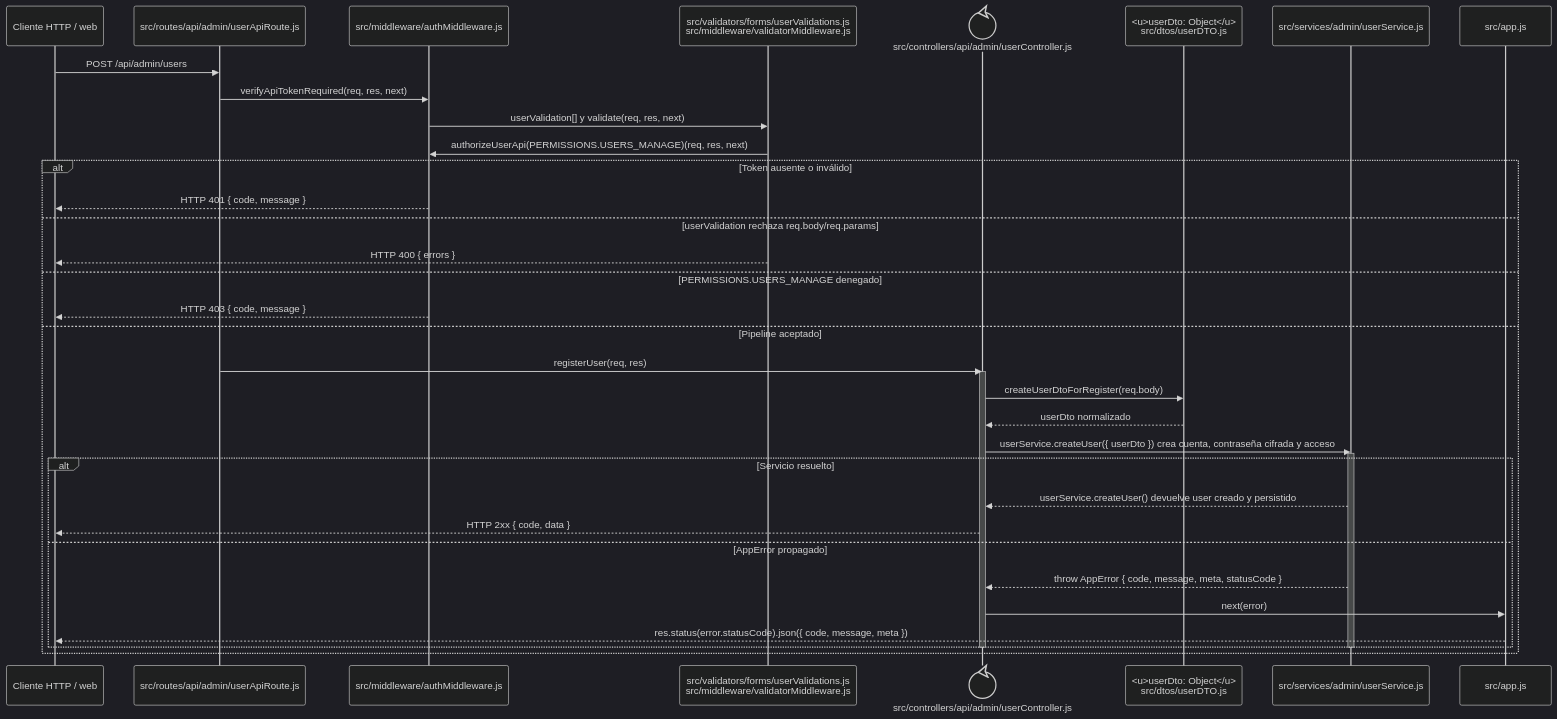
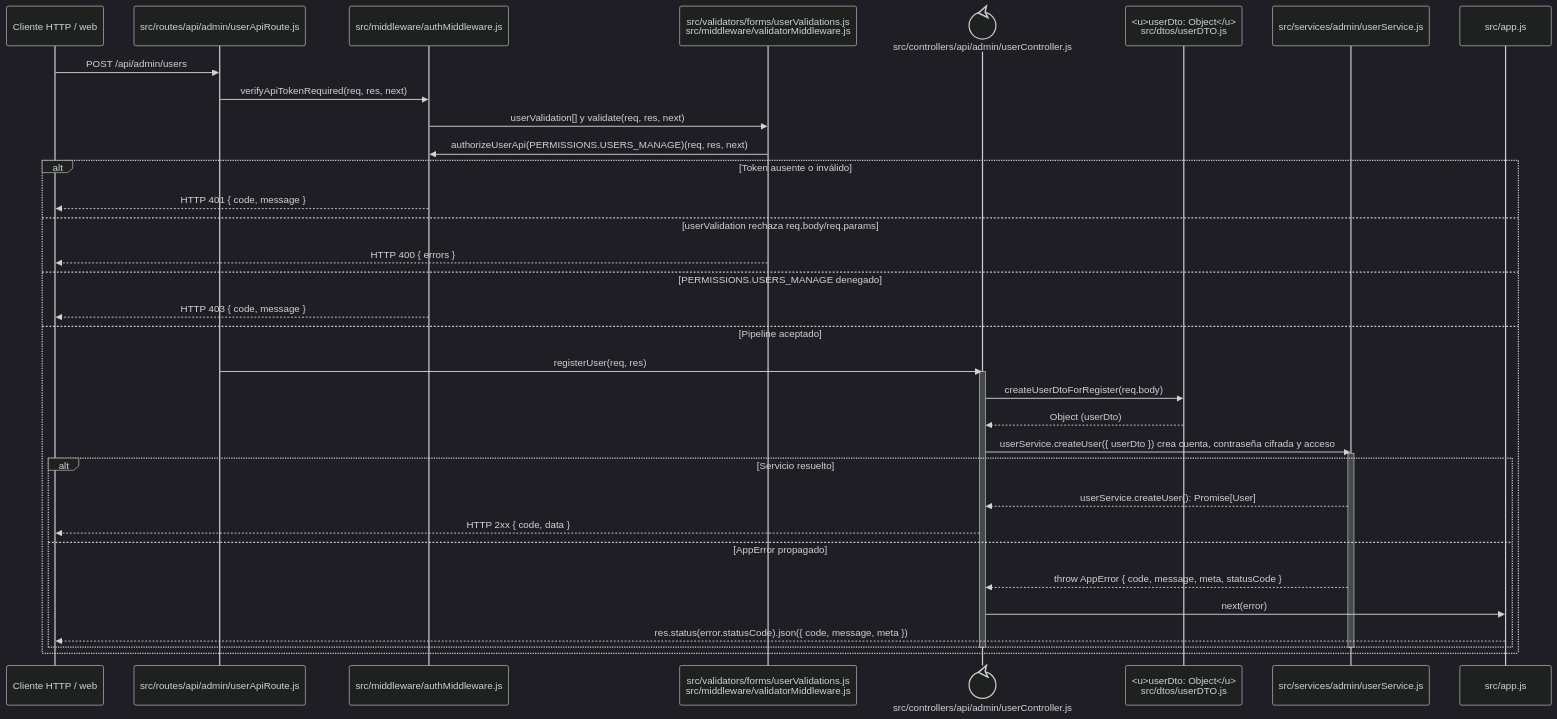
The diagram in docs/architecture/backend-code-sequences/identity-access/cu-ida-06.md (gpgsistemas01/nexus), drawn with Mermaid (dark theme) before and after one commit. The commit also changed 146 other files, not shown here.

````diff
--- a/docs/architecture/backend-code-sequences/identity-access/cu-ida-06.md
+++ b/docs/architecture/backend-code-sequences/identity-access/cu-ida-06.md
@@ -6,40 +6,40 @@
 ```mermaid
 sequenceDiagram
     participant Client as Cliente HTTP / web
     participant Route as src/routes/api/admin/userApiRoute.js
     participant Auth as src/middleware/authMiddleware.js
     participant Validator as src/validators/forms/userValidations.js<br/>src/middleware/validatorMiddleware.js
     participant Controller@{ "type": "control" } as src/controllers/api/admin/userController.js
     participant UserDto as <u>userDto: Object</u><br/>src/dtos/userDTO.js
     participant Domain as src/services/admin/userService.js
     participant ErrorHandler as src/app.js
 
     Client->>Route: POST /api/admin/users
     Route->>Auth: verifyApiTokenRequired(req, res, next)
     Auth->>Validator: userValidation[] y validate(req, res, next)
     Validator->>Auth: authorizeUserApi(PERMISSIONS.USERS_MANAGE)(req, res, next)
     alt Token ausente o inválido
         Auth-->>Client: HTTP 401 { code, message }
     else userValidation rechaza req.body/req.params
         Validator-->>Client: HTTP 400 { errors }
     else PERMISSIONS.USERS_MANAGE denegado
         Auth-->>Client: HTTP 403 { code, message }
     else Pipeline aceptado
         Route->>Controller: registerUser(req, res)
         activate Controller
         Controller->>UserDto: createUserDtoForRegister(req.body)
-        UserDto-->>Controller: userDto normalizado
+        UserDto-->>Controller: Object (userDto)
         Controller->>Domain: userService.createUser({ userDto }) crea cuenta, contraseña cifrada y acceso
         activate Domain
         alt Servicio resuelto
-            Domain-->>Controller: userService.createUser() devuelve user creado y persistido
+            Domain-->>Controller: userService.createUser(): Promise[User]
             Controller-->>Client: HTTP 2xx { code, data }
         else AppError propagado
             Domain-->>Controller: throw AppError { code, message, meta, statusCode }
             Controller->>ErrorHandler: next(error)
             ErrorHandler-->>Client: res.status(error.statusCode).json({ code, message, meta })
         end
         deactivate Domain
         deactivate Controller
     end
 ```
````
